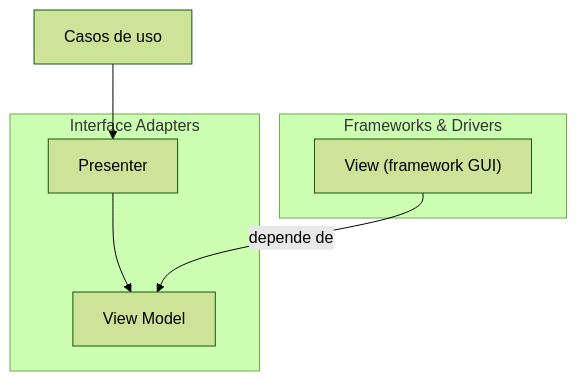
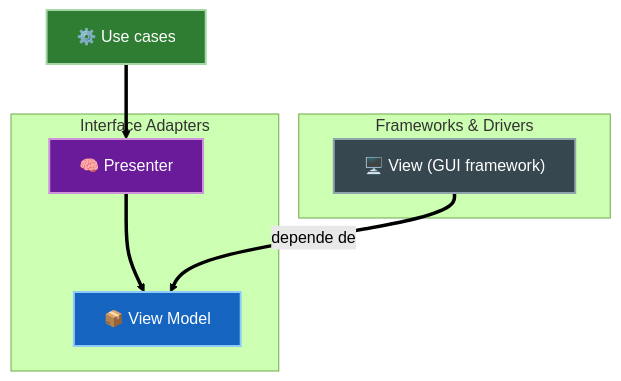
Before and after one commit to JavierMachucaA/clean-architecture-guia: the third of 3 diagrams in 09-presenters-humble-objects/02-presenters-y-view-models.md, drawn with Mermaid (forest theme). The commit also changed other lines of this file and 45 other files, not shown here.

````diff
--- a/09-presenters-humble-objects/02-presenters-y-view-models.md
+++ b/09-presenters-humble-objects/02-presenters-y-view-models.md
@@ -91,13 +103,18 @@
 ```mermaid
 flowchart TD
     subgraph Interna["Interface Adapters"]
-        P["Presenter"]
-        VM["View Model"]
+        P["🧠 Presenter"]
+        VM["📦 View Model"]
     end
     subgraph Externa["Frameworks & Drivers"]
-        V["View (framework GUI)"]
+        V["🖥️ View (GUI framework)"]
     end
-    UC["Casos de uso"] --> P
-    P --> VM
-    V -->|depende de| VM
+    UC["⚙️ Use cases"] ==> P
+    P ==> VM
+    V ==>|depende de| VM
+
+    style P fill:#6a1b9a,stroke:#ce93d8,color:#fff,stroke-width:2px
+    style VM fill:#1565c0,stroke:#90caf9,color:#fff,stroke-width:2px
+    style V fill:#37474f,stroke:#90a4ae,color:#fff,stroke-width:2px
+    style UC fill:#2e7d32,stroke:#a5d6a7,color:#fff,stroke-width:2px
 ```
````
